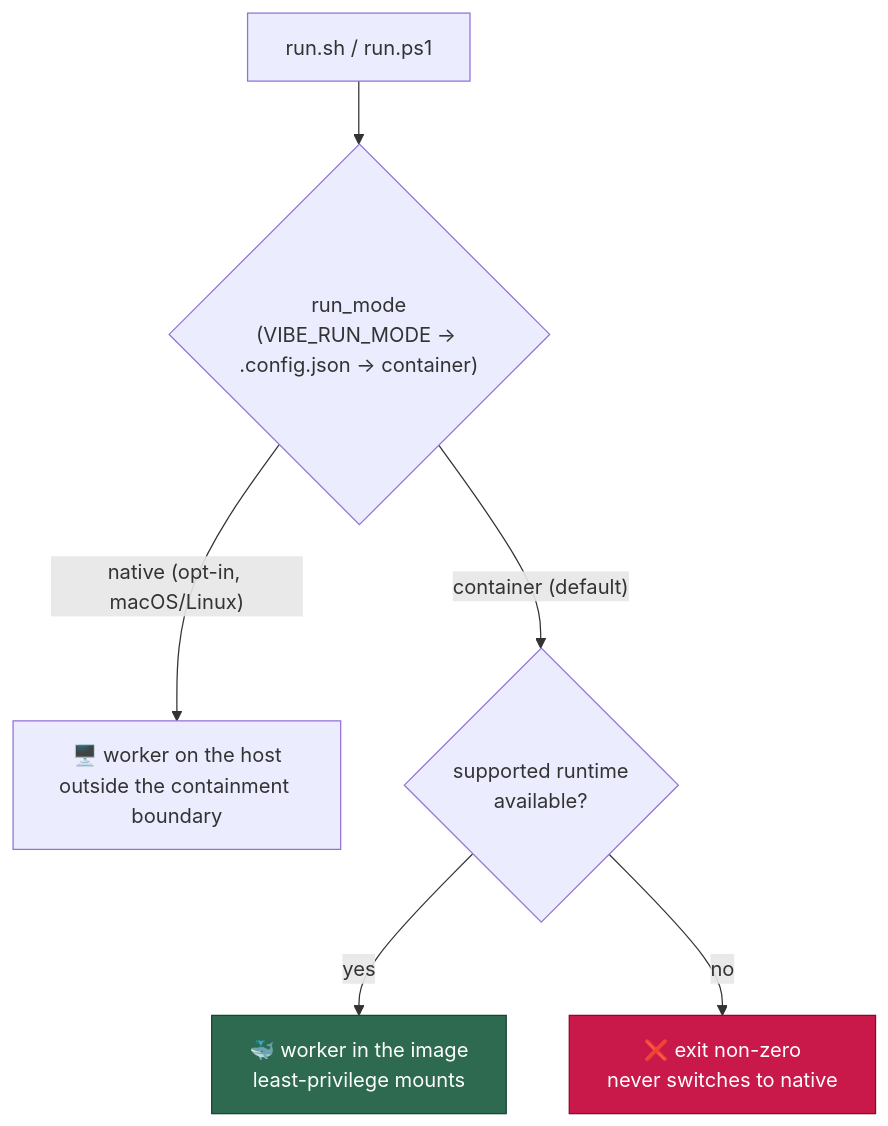
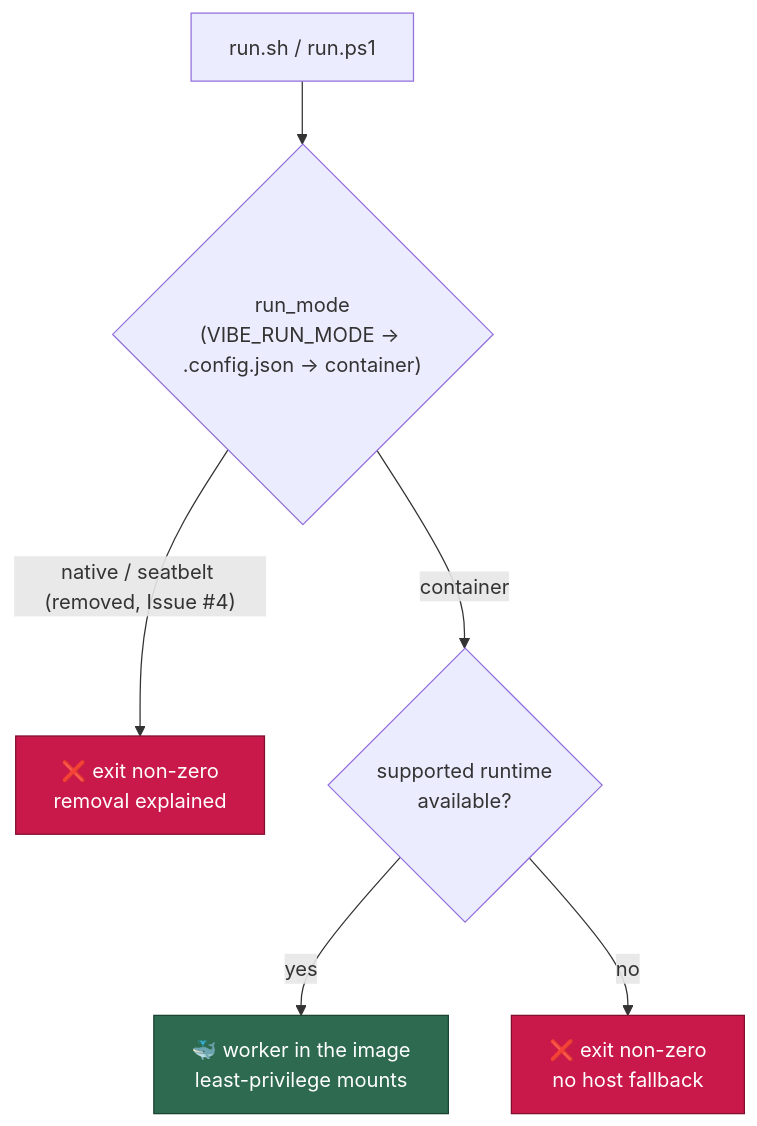
The first of 4 diagrams in docs/DEPLOYMENT.md (stSoftwareAU/VibeCoder), drawn with Mermaid before and after one commit. The commit also changed other lines of this file and 50 other files, not shown here.

````diff
--- a/docs/DEPLOYMENT.md
+++ b/docs/DEPLOYMENT.md
@@ -121,10 +111,11 @@
 ```mermaid
 flowchart TD
     L["run.sh / run.ps1"] --> M{"run_mode<br/>(VIBE_RUN_MODE → .config.json → container)"}
-    M -->|"native (opt-in, macOS/Linux)"| N["🖥️ worker on the host<br/>outside the containment boundary"]
-    M -->|"container (default)"| R{"supported runtime<br/>available?"}
+    M -->|"native / seatbelt (removed, Issue #4)"| X1["❌ exit non-zero<br/>removal explained"]
+    M -->|"container"| R{"supported runtime<br/>available?"}
     R -->|yes| C["🐳 worker in the image<br/>least-privilege mounts"]
-    R -->|no| X["❌ exit non-zero<br/>never switches to native"]
+    R -->|no| X["❌ exit non-zero<br/>no host fallback"]
     style C fill:#2d6a4f,stroke:#1b4332,color:#fff
     style X fill:#c9184a,stroke:#800f2f,color:#fff
+    style X1 fill:#c9184a,stroke:#800f2f,color:#fff
 ```
````
